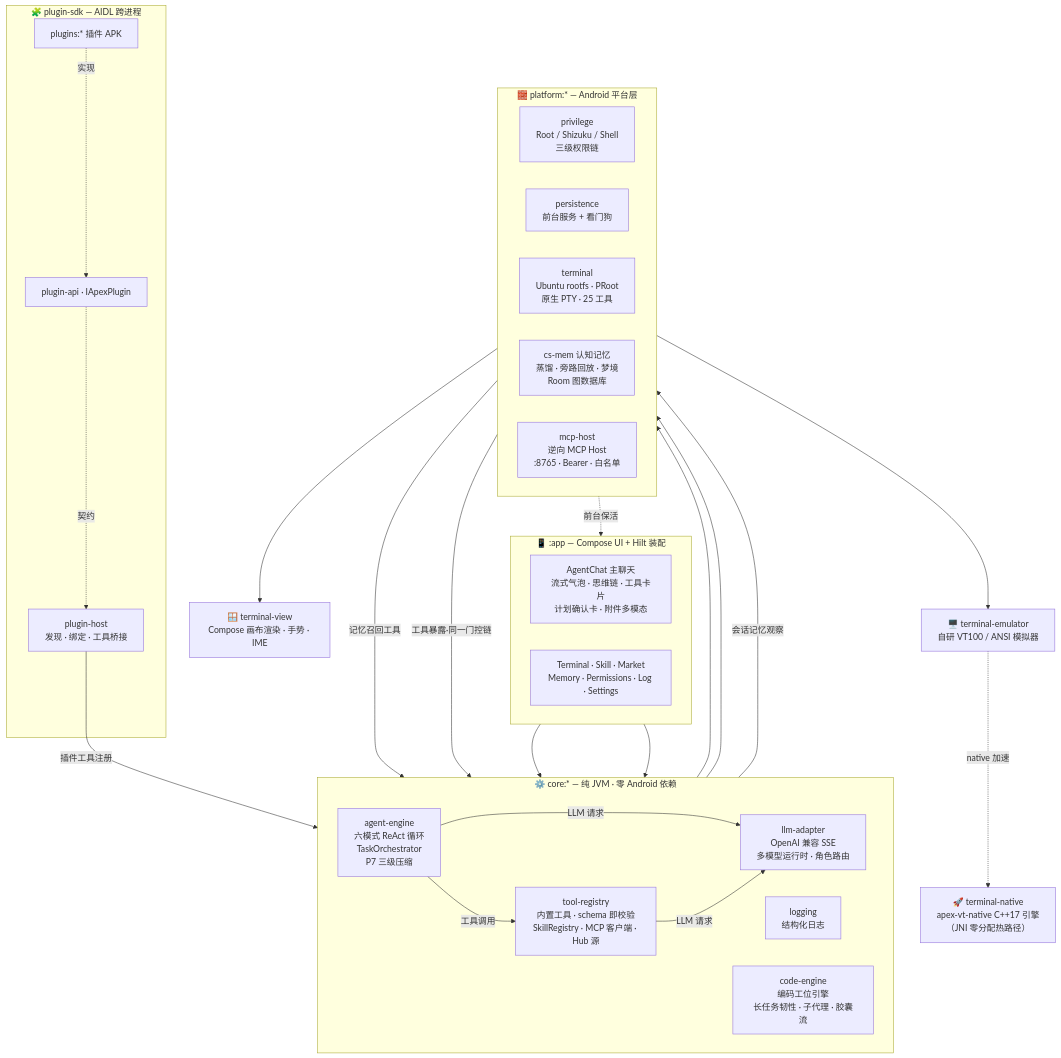
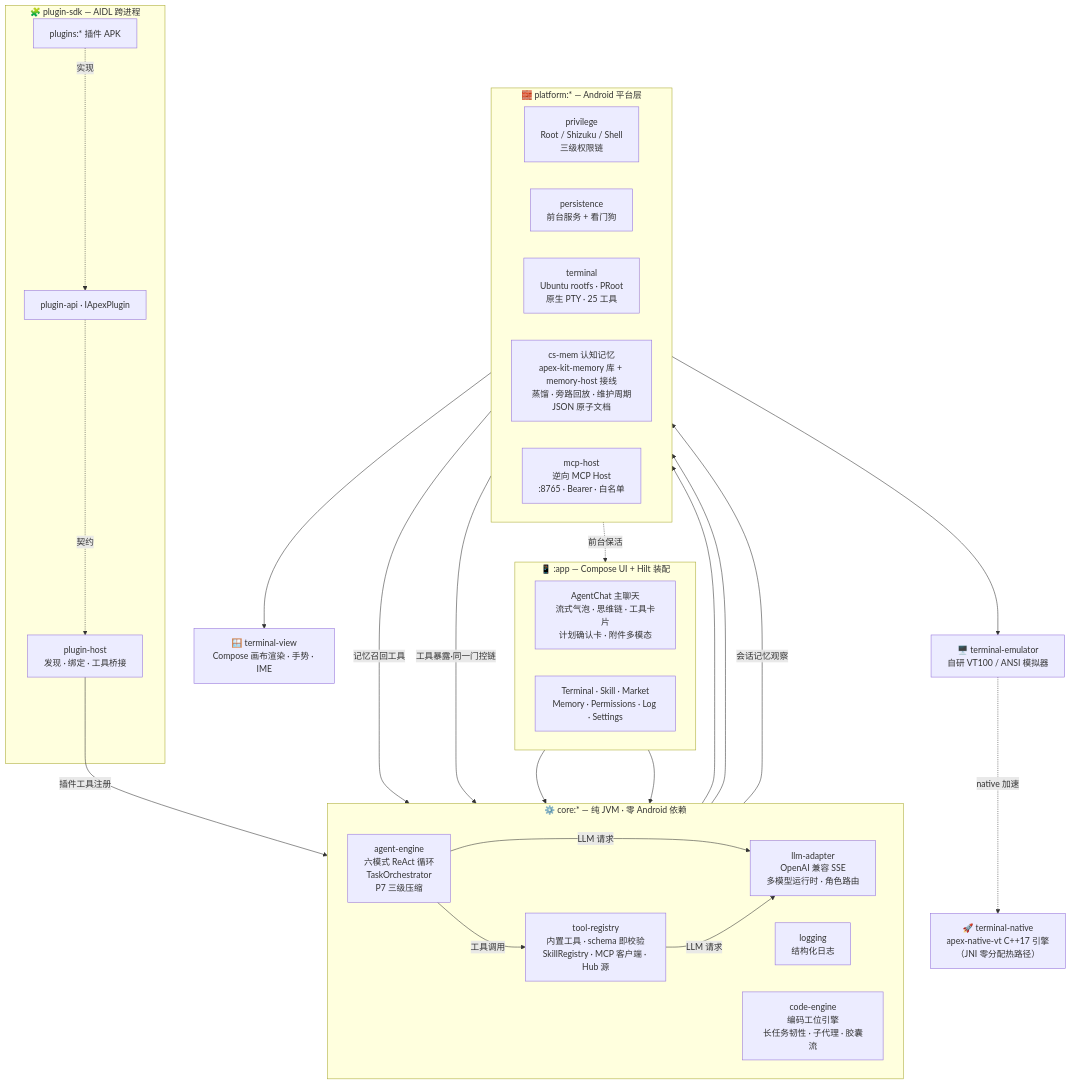
The first of 4 diagrams in data/readmes/Ultra-Guru__Android-Guru-Agent.md (zqf20096327/ai_collect), drawn with Mermaid before and after one commit. The commit also changed other lines of this file and 1657 other files, not shown here.

````diff
--- a/data/readmes/Ultra-Guru__Android-Guru-Agent.md
+++ b/data/readmes/Ultra-Guru__Android-Guru-Agent.md
@@ -259,54 +259,54 @@
 ```mermaid
 flowchart TB
     subgraph APP["📱 :app — Compose UI + Hilt 装配"]
         direction LR
         CHAT["AgentChat 主聊天<br/>流式气泡 · 思维链 · 工具卡片<br/>计划确认卡 · 附件多模态"]
         SCREENS["Terminal · Skill · Market<br/>Memory · Permissions · Log · Settings"]
     end
 
     subgraph CORE["⚙️ core:* — 纯 JVM · 零 Android 依赖"]
         direction LR
         ENGINE["agent-engine<br/>六模式 ReAct 循环<br/>TaskOrchestrator<br/>P7 三级压缩"]
         TOOLS["tool-registry<br/>内置工具 · schema 即校验<br/>SkillRegistry · MCP 客户端 · Hub 源"]
         LLM["llm-adapter<br/>OpenAI 兼容 SSE<br/>多模型运行时 · 角色路由"]
         LOGC["logging<br/>结构化日志"]
         CODEENG["code-engine<br/>编码工位引擎<br/>长任务韧性 · 子代理 · 胶囊流"]
     end
 
     subgraph PLAT["🧱 platform:* — Android 平台层"]
         direction LR
         PRIV["privilege<br/>Root / Shizuku / Shell<br/>三级权限链"]
         PERSIST["persistence<br/>前台服务 + 看门狗"]
         TERM["terminal<br/>Ubuntu rootfs · PRoot<br/>原生 PTY · 25 工具"]
-        CSMEM["cs-mem 认知记忆<br/>蒸馏 · 旁路回放 · 梦境<br/>Room 图数据库"]
+        CSMEM["cs-mem 认知记忆<br/>apex-kit-memory 库 + memory-host 接线<br/>蒸馏 · 旁路回放 · 维护周期<br/>JSON 原子文档"]
         MCPH["mcp-host<br/>逆向 MCP Host<br/>:8765 · Bearer · 白名单"]
     end
 
     VTE["🖥️ terminal-emulator<br/>自研 VT100 / ANSI 模拟器"]
-    VTN["🚀 terminal-native<br/>apex-vt-native C++17 引擎<br/>（JNI 零分配热路径）"]
+    VTN["🚀 terminal-native<br/>apex-native-vt C++17 引擎<br/>（JNI 零分配热路径）"]
     TVW["🪟 terminal-view<br/>Compose 画布渲染 · 手势 · IME"]
 
     subgraph PLUG["🧩 plugin-sdk — AIDL 跨进程"]
         PAPI["plugin-api · IApexPlugin"]
         PHOST["plugin-host<br/>发现 · 绑定 · 工具桥接"]
         PLUGINS["plugins:* 插件 APK"]
     end
 
     CHAT --> ENGINE
     SCREENS --> ENGINE
     ENGINE -->|工具调用| TOOLS
     ENGINE -->|LLM 请求| LLM
     TOOLS -->|LLM 请求| LLM
     TOOLS --> PRIV
     TOOLS --> TERM
     CSMEM -->|记忆召回工具| TOOLS
     ENGINE -->|会话记忆观察| CSMEM
     TERM --> VTE
     VTE -.native 加速.-> VTN
     TERM --> TVW
     MCPH -->|工具暴露·同一门控链| TOOLS
     PHOST -->|插件工具注册| TOOLS
     PERSIST -.前台保活.-> APP
     PAPI -.契约.-> PHOST
     PLUGINS -.实现.-> PAPI
 ```
````
